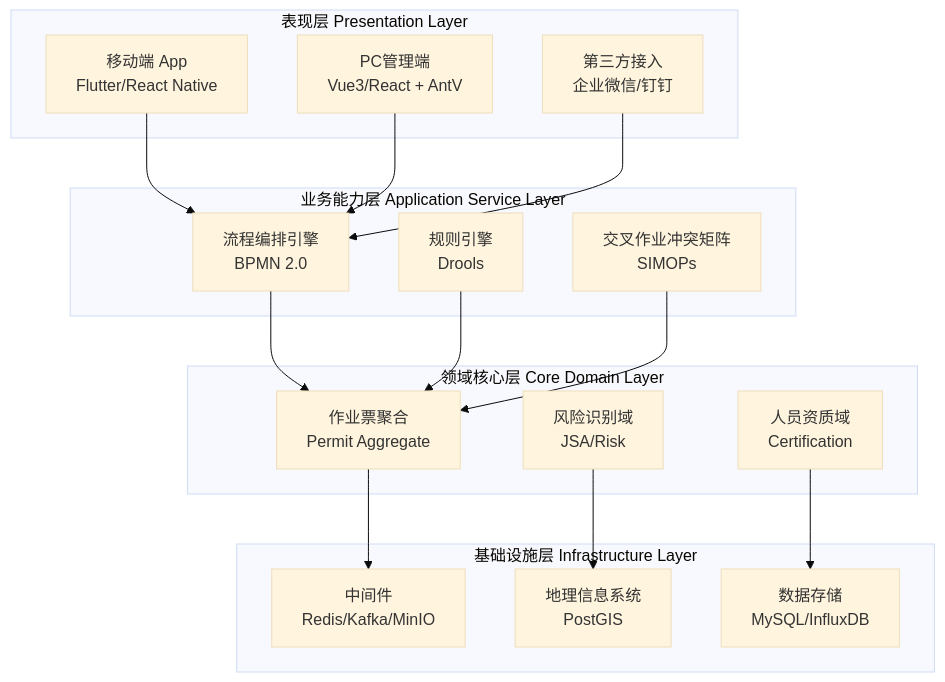
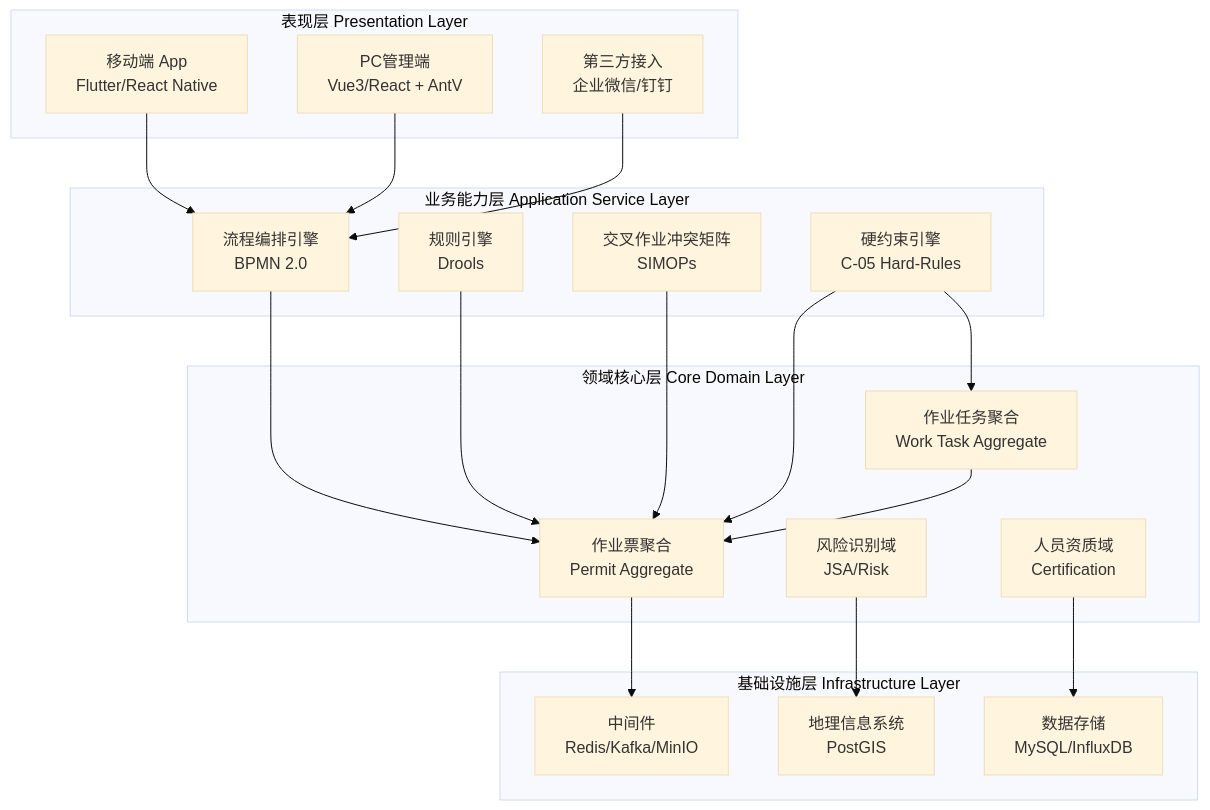
Before and after one commit to laiyinyizao007/safeworkpermitPRD: the first of 4 diagrams in docs/architecture/layered-architecture.md, drawn with Mermaid (base theme). The commit also changed other lines of this file and 4 other files, not shown here.

````diff
--- a/docs/architecture/layered-architecture.md
+++ b/docs/architecture/layered-architecture.md
@@ -62,36 +62,41 @@
 ```mermaid
 flowchart TD
     subgraph L1[表现层 Presentation Layer]
         A1[移动端 App<br/>Flutter/React Native]
         A2[PC管理端<br/>Vue3/React + AntV]
         A3[第三方接入<br/>企业微信/钉钉]
     end
 
     subgraph L2[业务能力层 Application Service Layer]
         B1[流程编排引擎<br/>BPMN 2.0]
         B2[规则引擎<br/>Drools]
         B3[交叉作业冲突矩阵<br/>SIMOPs]
+        B4[硬约束引擎<br/>C-05 Hard-Rules]
     end
 
     subgraph L3[领域核心层 Core Domain Layer]
         C1[作业票聚合<br/>Permit Aggregate]
         C2[风险识别域<br/>JSA/Risk]
         C3[人员资质域<br/>Certification]
+        C4[作业任务聚合<br/>Work Task Aggregate]
     end
 
     subgraph L4[基础设施层 Infrastructure Layer]
         D1[中间件<br/>Redis/Kafka/MinIO]
         D2[地理信息系统<br/>PostGIS]
         D3[数据存储<br/>MySQL/InfluxDB]
     end
 
     A1 --> B1
     A2 --> B1
     A3 --> B1
     B1 --> C1
     B2 --> C1
     B3 --> C1
+    B4 --> C1
+    B4 --> C4
     C1 --> D1
     C2 --> D2
     C3 --> D3
+    C4 --> C1
 ```
````
